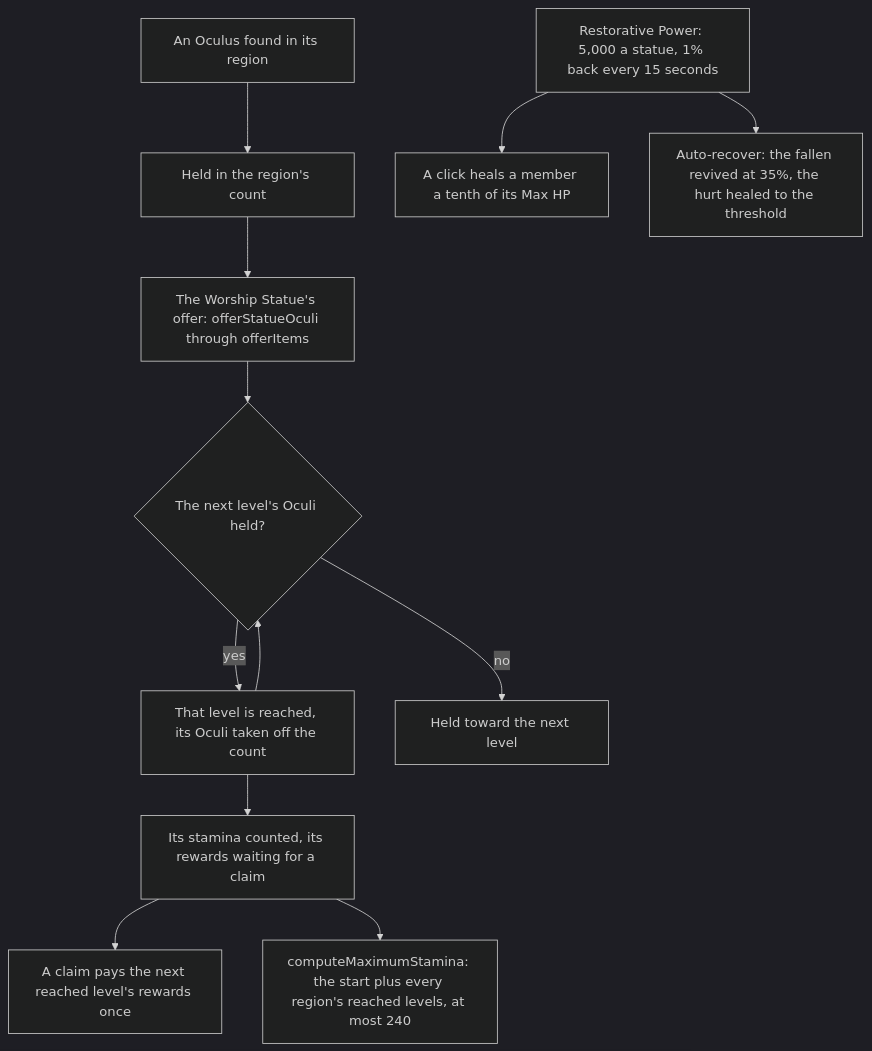
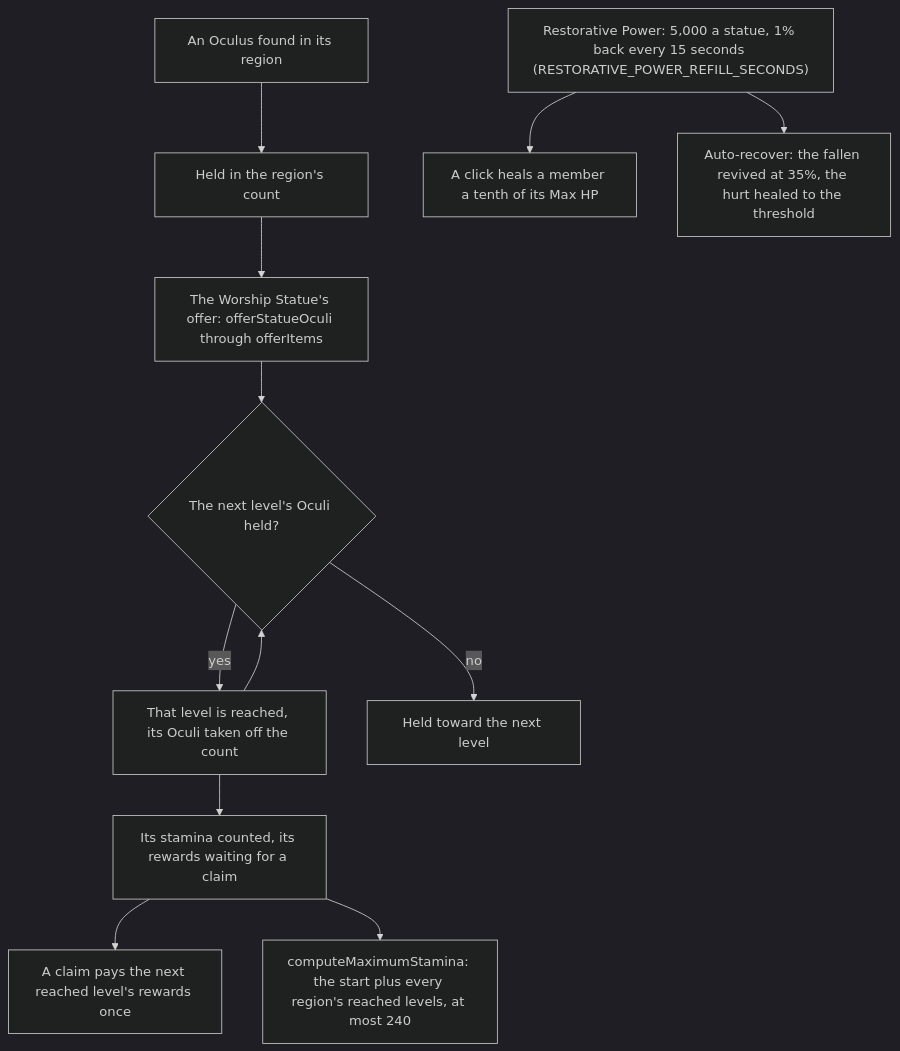
One commit to Esposter/Esposter changed the diagram in openspec/specs/genshin/statues-of-the-seven/design.md. Above: the diagram before and after it, drawn with Mermaid (dark theme). The commit also changed other lines of this file and 15 other files, not shown here.

````diff
--- a/openspec/specs/genshin/statues-of-the-seven/design.md
+++ b/openspec/specs/genshin/statues-of-the-seven/design.md
@@ -7,14 +7,14 @@
 ```mermaid
 flowchart TD
   OCULUS["An Oculus found in its region"] --> HELD["Held in the region's count"]
   HELD --> OFFER["The Worship Statue's offer: offerStatueOculi through offerItems"]
   OFFER --> NEXT{"The next level's Oculi held?"}
   NEXT -->|"yes"| LEVEL["That level is reached, its Oculi taken off the count"]
   LEVEL --> NEXT
   NEXT -->|"no"| WAIT["Held toward the next level"]
   LEVEL --> PAY["Its stamina counted, its rewards waiting for a claim"]
   PAY --> CLAIM["A claim pays the next reached level's rewards once"]
   PAY --> MAX["computeMaximumStamina: the start plus every region's reached levels, at most 240"]
-  POOL["Restorative Power: 5,000 a statue, 1% back every 15 seconds"] --> CLICK["A click heals a member a tenth of its Max HP"]
+  POOL["Restorative Power: 5,000 a statue, 1% back every 15 seconds (RESTORATIVE_POWER_REFILL_SECONDS)"] --> CLICK["A click heals a member a tenth of its Max HP"]
   POOL --> AUTO["Auto-recover: the fallen revived at 35%, the hurt healed to the threshold"]
 ```
````
